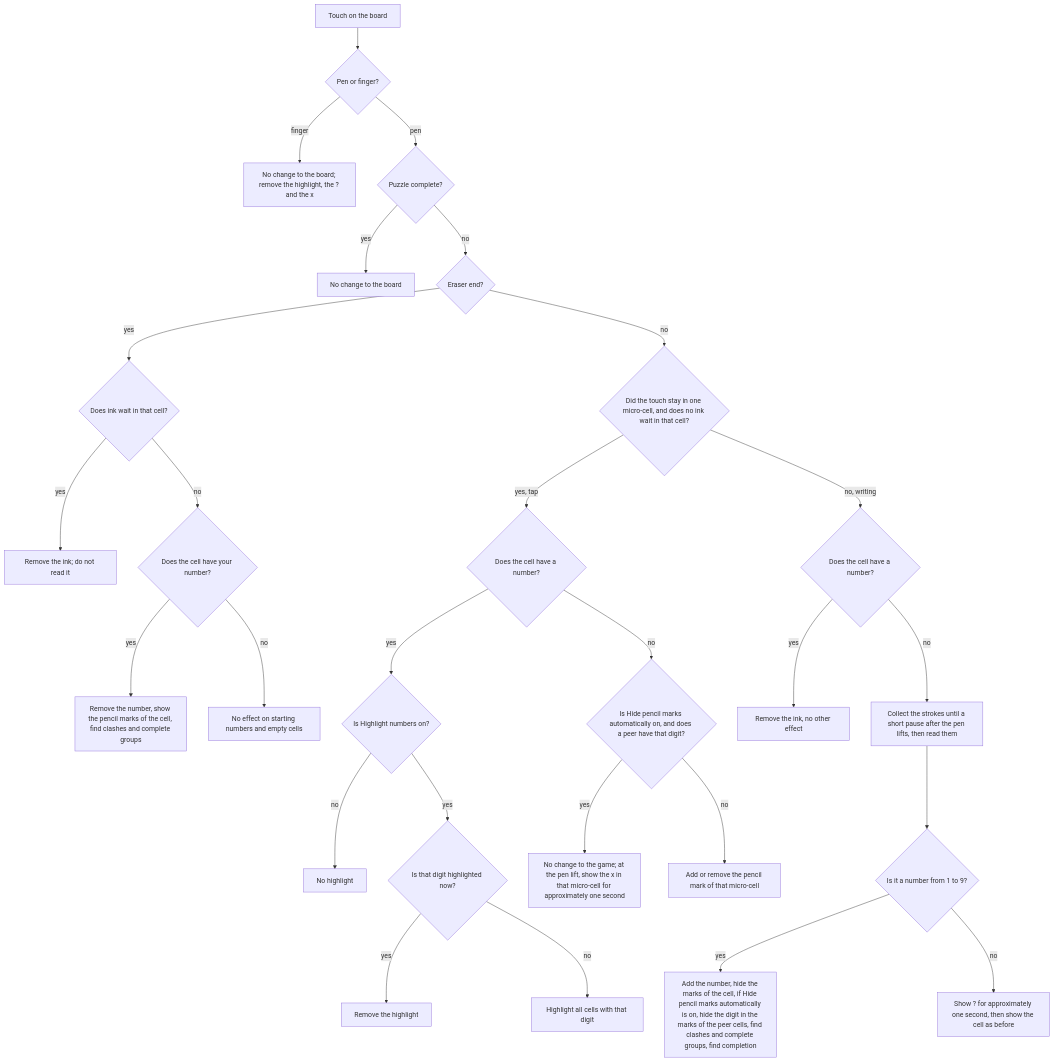
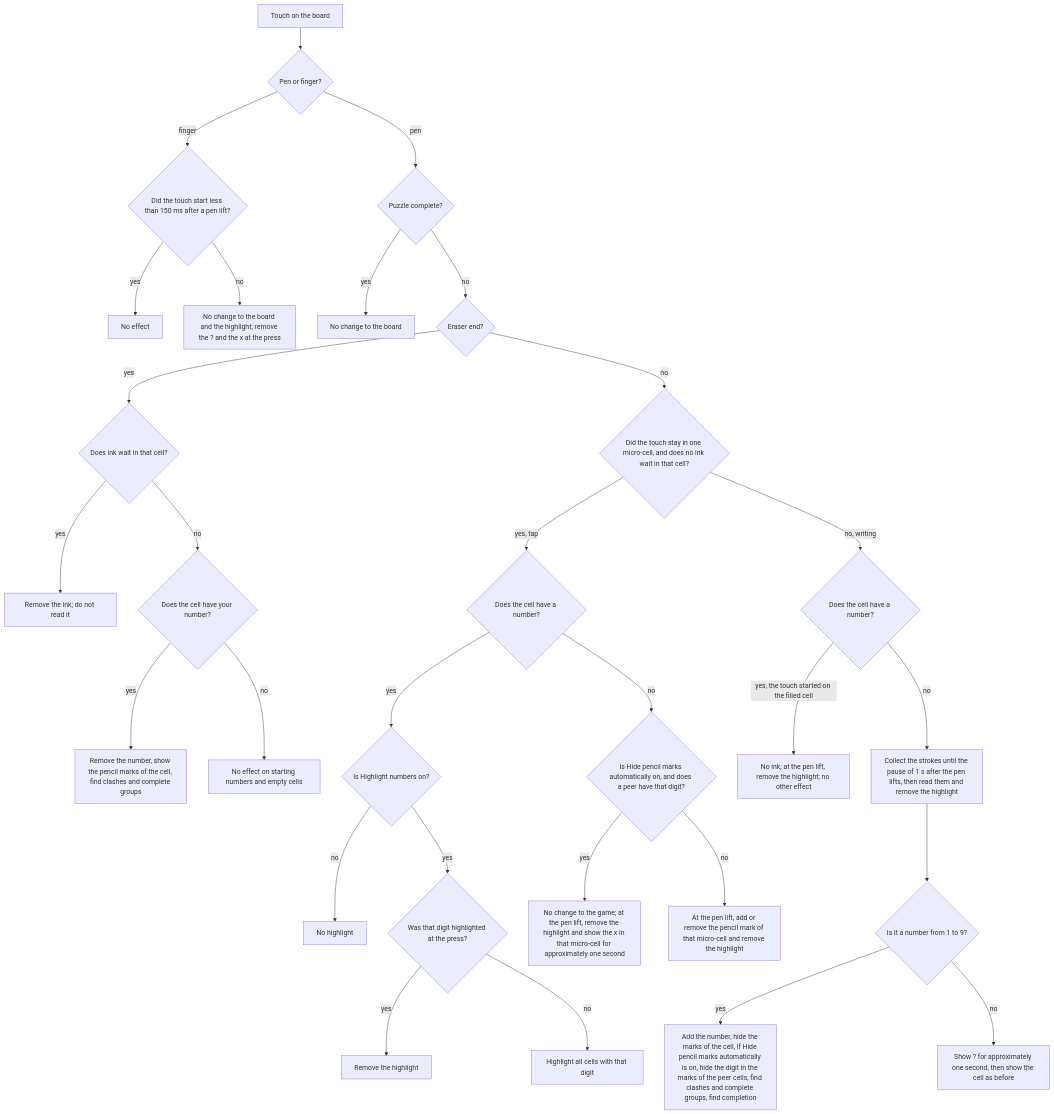
Before and after one commit to garbles/sudoku: the fourth of 14 diagrams in REQUIREMENTS.md, drawn with Mermaid. The commit also changed other lines of this file and 36 other files, not shown here.

Commit message:
Recognizer in both pen directions; 1 s pause; highlight stays until a pen action ends; ignore hand touches

````diff
--- a/REQUIREMENTS.md
+++ b/REQUIREMENTS.md
@@ -342,29 +409,31 @@
 ```mermaid
 flowchart TD
     A[Touch on the board] --> B{Pen or finger?}
-    B -- finger --> X[No change to the board; remove the highlight, the ? and the x]
+    B -- finger --> BH{Did the touch start less than 150 ms after a pen lift?}
+    BH -- yes --> X0[No effect]
+    BH -- no --> X[No change to the board and the highlight; remove the ? and the x at the press]
     B -- pen --> C{Puzzle complete?}
     C -- yes --> X2[No change to the board]
     C -- no --> D{Eraser end?}
     D -- yes --> EW{Does ink wait in that cell?}
     EW -- yes --> EI[Remove the ink; do not read it]
     EW -- no --> E{Does the cell have your number?}
     E -- yes --> E1[Remove the number, show the pencil marks of the cell, find clashes and complete groups]
     E -- no --> X3[No effect on starting numbers and empty cells]
     D -- no --> F{Did the touch stay in one micro-cell, and does no ink wait in that cell?}
     F -- yes, tap --> G{Does the cell have a number?}
     G -- yes --> GS{Is Highlight numbers on?}
     GS -- no --> X5[No highlight]
-    GS -- yes --> G0{Is that digit highlighted now?}
+    GS -- yes --> G0{Was that digit highlighted at the press?}
     G0 -- yes --> G3[Remove the highlight]
     G0 -- no --> G1[Highlight all cells with that digit]
     G -- no --> GR{Is Hide pencil marks automatically on, and does a peer have that digit?}
-    GR -- yes --> GX[No change to the game; at the pen lift, show the x in that micro-cell for approximately one second]
-    GR -- no --> G2[Add or remove the pencil mark of that micro-cell]
+    GR -- yes --> GX[No change to the game; at the pen lift, remove the highlight and show the x in that micro-cell for approximately one second]
+    GR -- no --> G2[At the pen lift, add or remove the pencil mark of that micro-cell and remove the highlight]
     F -- no, writing --> H{Does the cell have a number?}
-    H -- yes --> X4[Remove the ink, no other effect]
-    H -- no --> I[Collect the strokes until a short pause after the pen lifts, then read them]
+    H -- yes, the touch started on the filled cell --> X4[No ink; at the pen lift, remove the highlight; no other effect]
+    H -- no --> I[Collect the strokes until the pause of 1 s after the pen lifts, then read them and remove the highlight]
     I --> J{Is it a number from 1 to 9?}
     J -- yes --> K[Add the number, hide the marks of the cell, if Hide pencil marks automatically is on, hide the digit in the marks of the peer cells, find clashes and complete groups, find completion]
     J -- no --> L[Show ? for approximately one second, then show the cell as before]
 ```
````
